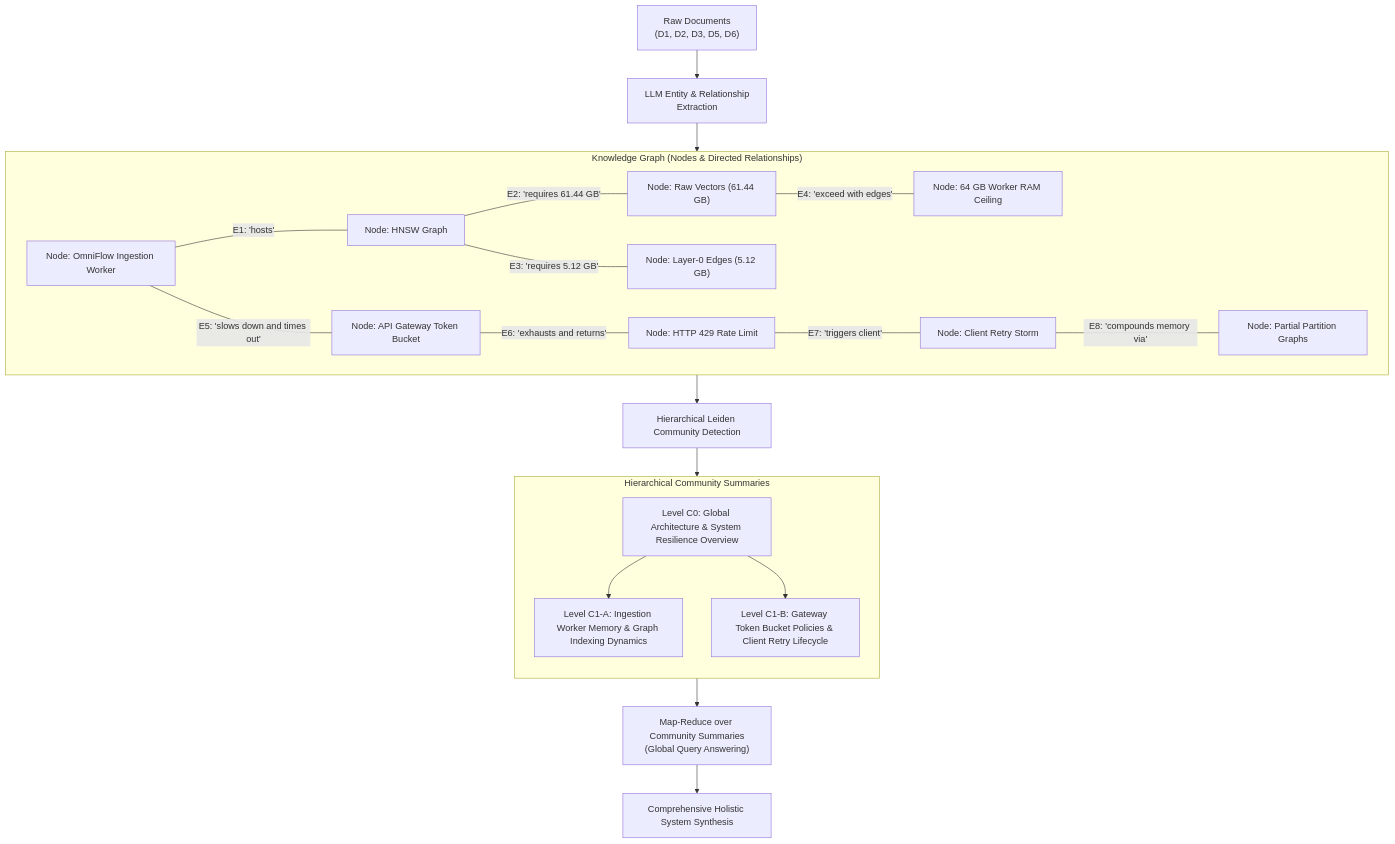
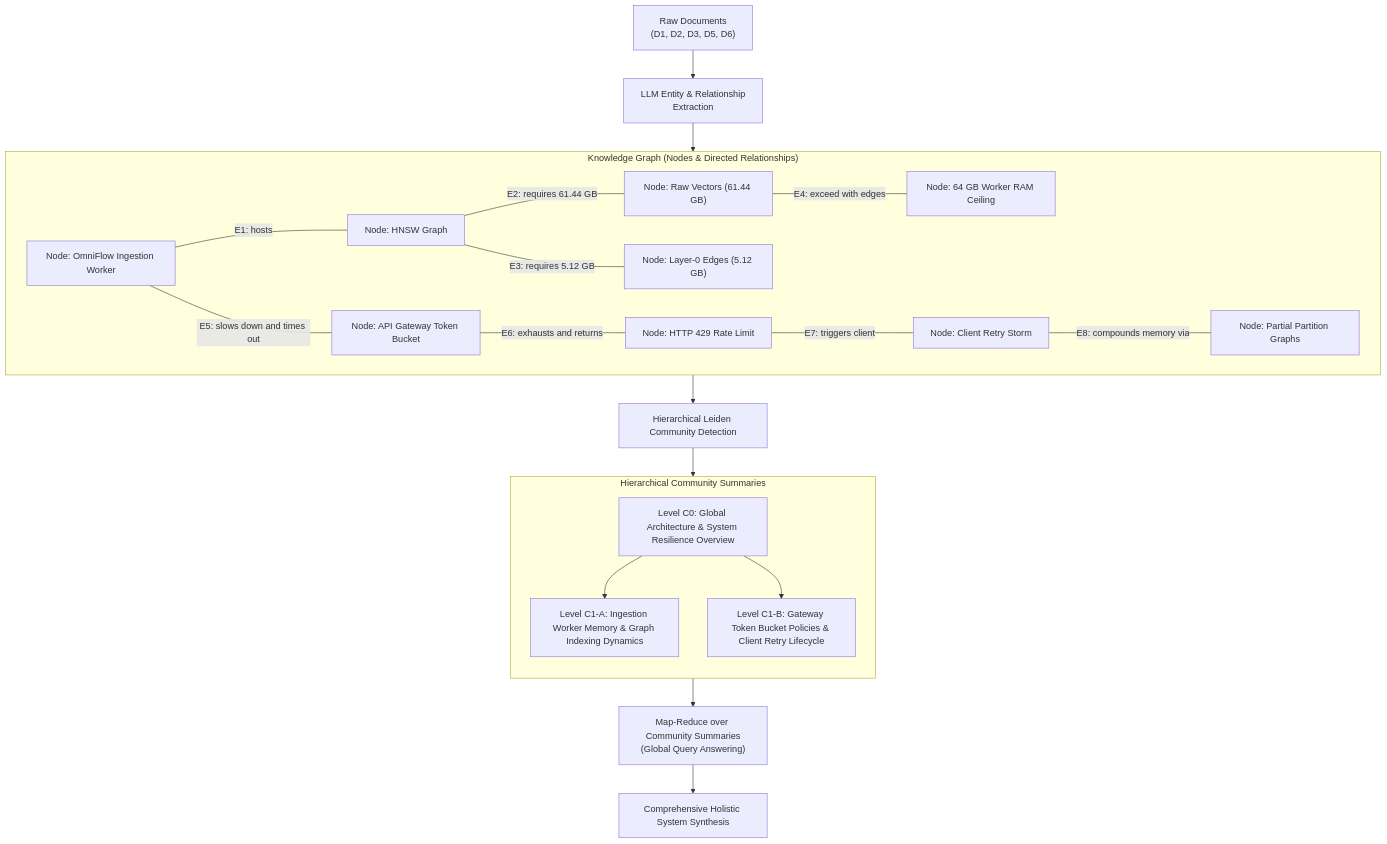
One commit to divyansh070/ml_notes changed the third of 4 diagrams in rag-guide/06-advanced-agentic-rag.md. Above: the diagram before and after it, drawn with Mermaid. The commit also changed other lines of this file and 2 other files, not shown here.

Commit message:
fix(rag-guide): fix GitHub math and Mermaid rendering in phases 05, 06, and 07

````diff
--- a/rag-guide/06-advanced-agentic-rag.md
+++ b/rag-guide/06-advanced-agentic-rag.md
@@ -296,31 +303,31 @@
 ```mermaid
 flowchart TD
-    RAW_CORPUS["Raw Documents<br>(D1, D2, D3, D5, D6)"] --> EXTRACT["LLM Entity & Relationship<br>Extraction"]
+    RAW_CORPUS["Raw Documents<br/>(D1, D2, D3, D5, D6)"] --> EXTRACT["LLM Entity & Relationship<br/>Extraction"]
     
     subgraph GRAPH ["Knowledge Graph (Nodes & Directed Relationships)"]
-        N_WORKER["Node: OmniFlow Ingestion Worker"] ---|E1: 'hosts'| N_HNSW["Node: HNSW Graph"]
-        N_HNSW ---|E2: 'requires 61.44 GB'| N_VEC["Node: Raw Vectors (61.44 GB)"]
-        N_HNSW ---|E3: 'requires 5.12 GB'| N_EDGES["Node: Layer-0 Edges (5.12 GB)"]
-        N_VEC ---|E4: 'exceed with edges'| N_RAM["Node: 64 GB Worker RAM Ceiling"]
-        N_WORKER ---|E5: 'slows down and times out'| N_GW["Node: API Gateway Token Bucket"]
-        N_GW ---|E6: 'exhausts and returns'| N_429["Node: HTTP 429 Rate Limit"]
-        N_429 ---|E7: 'triggers client'| N_STORM["Node: Client Retry Storm"]
-        N_STORM ---|E8: 'compounds memory via'| N_PART["Node: Partial Partition Graphs"]
+        N_WORKER["Node: OmniFlow Ingestion Worker"] ---|"E1: hosts"| N_HNSW["Node: HNSW Graph"]
+        N_HNSW ---|"E2: requires 61.44 GB"| N_VEC["Node: Raw Vectors (61.44 GB)"]
+        N_HNSW ---|"E3: requires 5.12 GB"| N_EDGES["Node: Layer-0 Edges (5.12 GB)"]
+        N_VEC ---|"E4: exceed with edges"| N_RAM["Node: 64 GB Worker RAM Ceiling"]
+        N_WORKER ---|"E5: slows down and times out"| N_GW["Node: API Gateway Token Bucket"]
+        N_GW ---|"E6: exhausts and returns"| N_429["Node: HTTP 429 Rate Limit"]
+        N_429 ---|"E7: triggers client"| N_STORM["Node: Client Retry Storm"]
+        N_STORM ---|"E8: compounds memory via"| N_PART["Node: Partial Partition Graphs"]
     end
     
     EXTRACT --> GRAPH
     GRAPH --> LEIDEN["Hierarchical Leiden Community Detection"]
     
     subgraph COMMUNITIES ["Hierarchical Community Summaries"]
         direction TB
         C_ROOT["Level C0: Global Architecture & System Resilience Overview"]
         C_SUB1["Level C1-A: Ingestion Worker Memory & Graph Indexing Dynamics"]
         C_SUB2["Level C1-B: Gateway Token Bucket Policies & Client Retry Lifecycle"]
         C_ROOT --> C_SUB1
         C_ROOT --> C_SUB2
     end
     
     LEIDEN --> COMMUNITIES
-    COMMUNITIES --> MAP_REDUCE["Map-Reduce over Community Summaries<br>(Global Query Answering)"]
+    COMMUNITIES --> MAP_REDUCE["Map-Reduce over Community Summaries<br/>(Global Query Answering)"]
     MAP_REDUCE --> GLOBAL_ANS["Comprehensive Holistic System Synthesis"]
 ```
````
